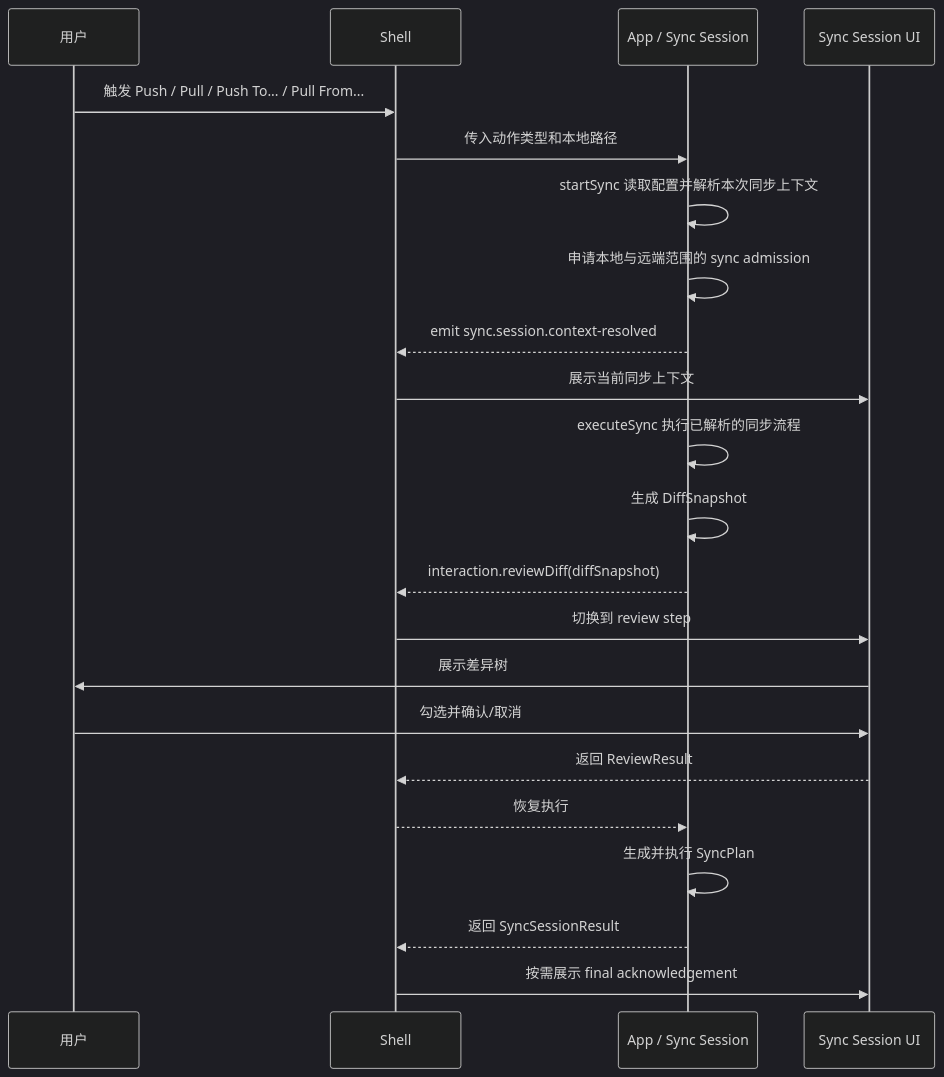
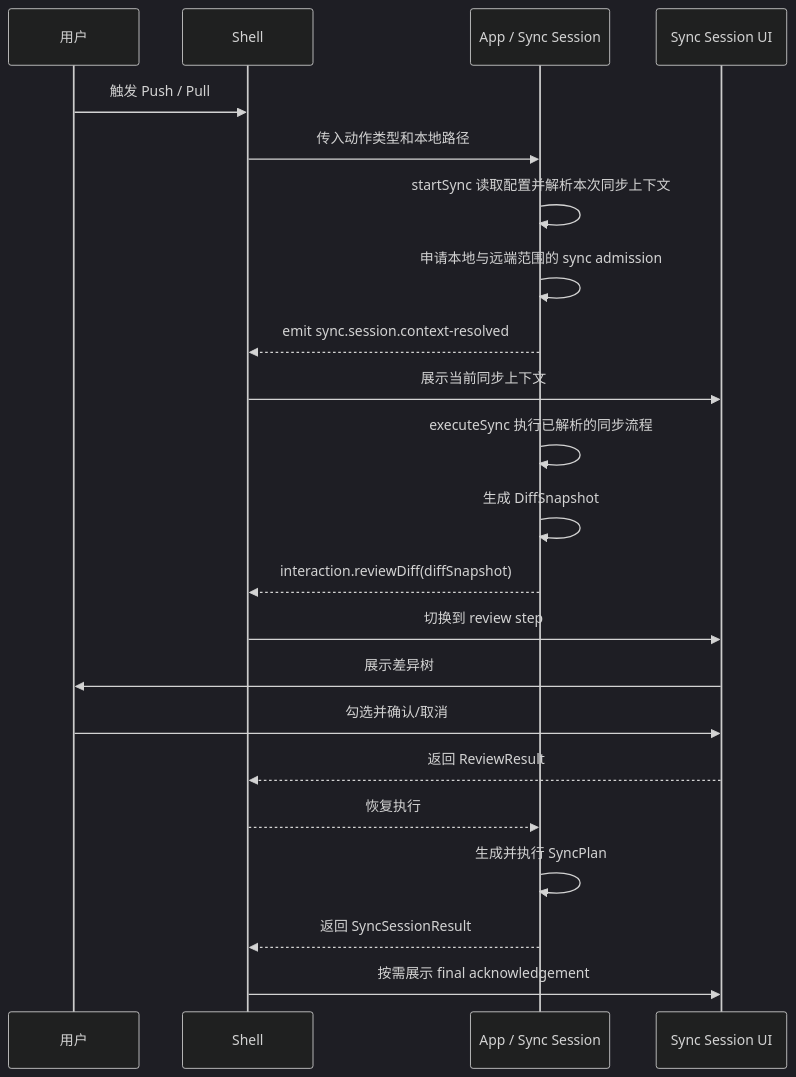
One commit to agalloch21/sync-with-rclone changed the first of 15 diagrams in docs/Flows.md. Above: the diagram before and after it, drawn with Mermaid (dark theme). The commit also changed other lines of this file and 10 other files, not shown here.

````diff
--- a/docs/Flows.md
+++ b/docs/Flows.md
@@ -5,25 +5,25 @@
 ```mermaid
 sequenceDiagram
   participant U as 用户
   participant S as Shell
   participant A as App / Sync Session
   participant W as Sync Session UI
 
-  U->>S: 触发 Push / Pull / Push To... / Pull From...
+  U->>S: 触发 Push / Pull
   S->>A: 传入动作类型和本地路径
   A->>A: startSync 读取配置并解析本次同步上下文
   A->>A: 申请本地与远端范围的 sync admission
   A-->>S: emit sync.session.context-resolved
   S->>W: 展示当前同步上下文
   A->>A: executeSync 执行已解析的同步流程
   A->>A: 生成 DiffSnapshot
   A-->>S: interaction.reviewDiff(diffSnapshot)
   S->>W: 切换到 review step
   W->>U: 展示差异树
   U->>W: 勾选并确认/取消
   W-->>S: 返回 ReviewResult
   S-->>A: 恢复执行
   A->>A: 生成并执行 SyncPlan
   A-->>S: 返回 SyncSessionResult
   S->>W: 按需展示 final acknowledgement
 ```
````
